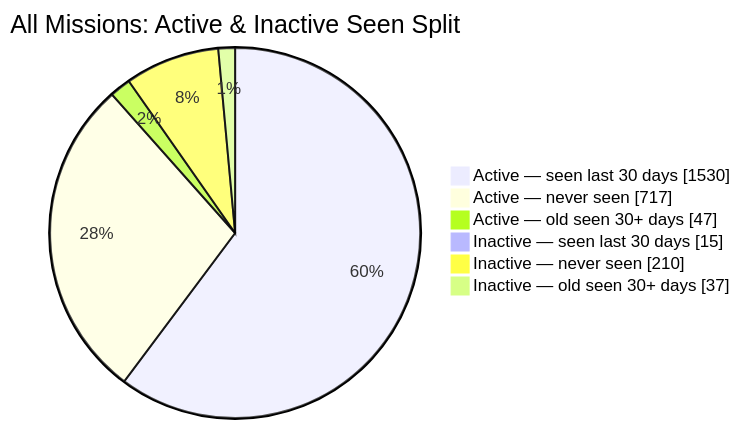
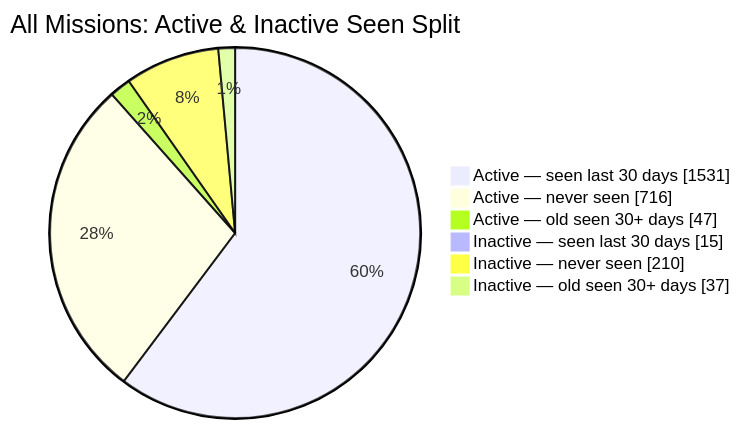
One commit to MeldkamerspelGameTeam/active-missions changed the second of 2 diagrams in README.md. Above: the diagram before and after it, drawn with Mermaid. The commit also changed other lines of this file and 3 other files, not shown here.

````diff
--- a/README.md
+++ b/README.md
@@ -44,10 +44,10 @@
 ```mermaid
 pie showData
     title All Missions: Active & Inactive Seen Split
-    "Active — seen last 30 days" : 1530
-    "Active — never seen" : 717
+    "Active — seen last 30 days" : 1531
+    "Active — never seen" : 716
     "Active — old seen 30+ days" : 47
     "Inactive — seen last 30 days" : 15
     "Inactive — never seen" : 210
     "Inactive — old seen 30+ days" : 37
 ```
````
